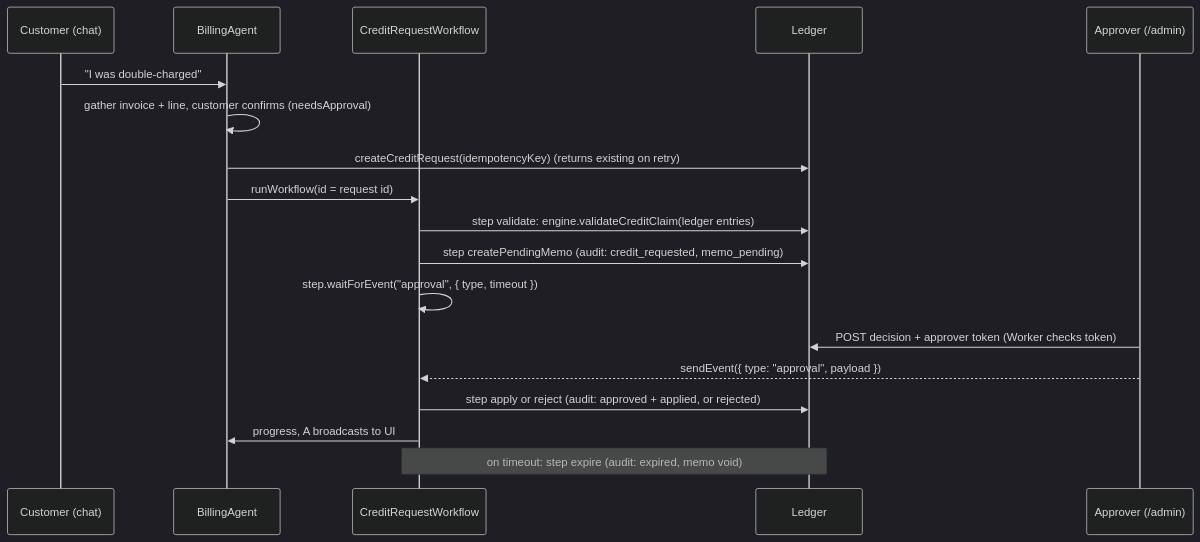
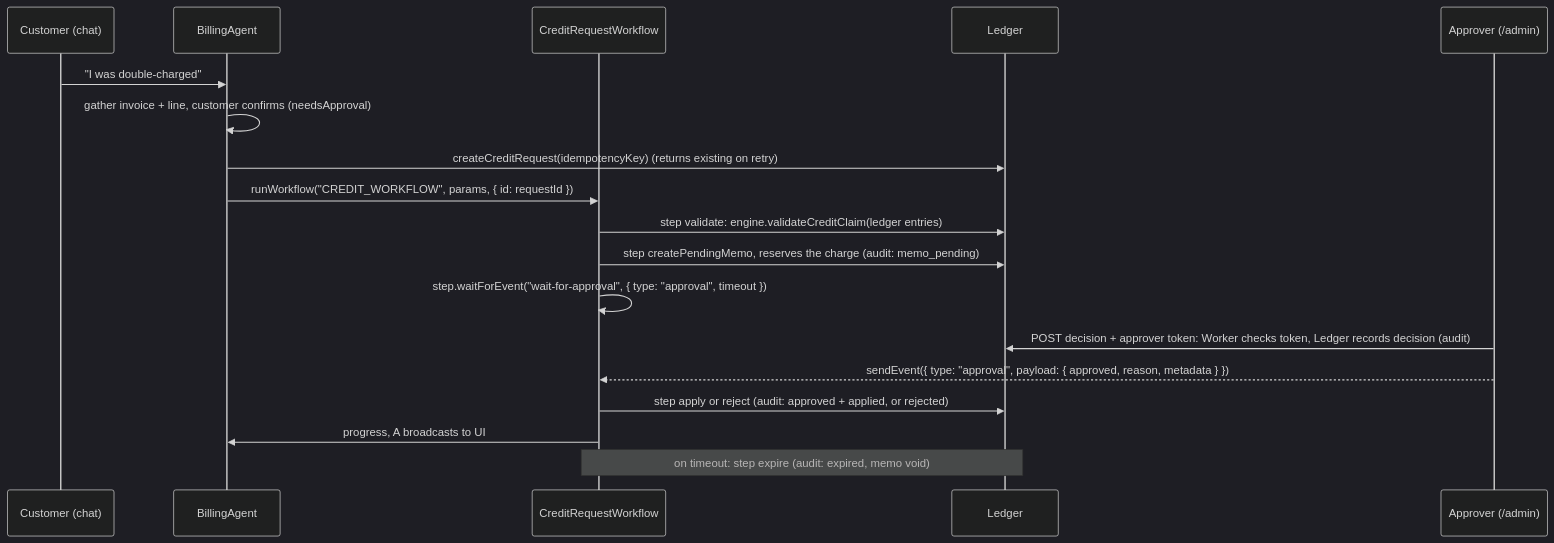
The third of 3 diagrams in docs/ARCHITECTURE.md (annah-dev/cf-billing-copilot), drawn with Mermaid (dark theme) before and after one commit. The commit also changed other lines of this file and 1 other file, not shown here.

Commit message:
docs: add ledger invariants, recovery, admission and budget reservation

````diff
--- a/docs/ARCHITECTURE.md
+++ b/docs/ARCHITECTURE.md
@@ -132,20 +156,20 @@
 ```mermaid
 sequenceDiagram
   participant C as Customer (chat)
   participant A as BillingAgent
   participant W as CreditRequestWorkflow
   participant L as Ledger
   participant P as Approver (/admin)
   C->>A: "I was double-charged"
   A->>A: gather invoice + line, customer confirms (needsApproval)
   A->>L: createCreditRequest(idempotencyKey) (returns existing on retry)
-  A->>W: runWorkflow(id = request id)
+  A->>W: runWorkflow("CREDIT_WORKFLOW", params, { id: requestId })
   W->>L: step validate: engine.validateCreditClaim(ledger entries)
-  W->>L: step createPendingMemo (audit: credit_requested, memo_pending)
-  W->>W: step.waitForEvent("approval", { type, timeout })
-  P->>L: POST decision + approver token (Worker checks token)
-  P-->>W: sendEvent({ type: "approval", payload })
+  W->>L: step createPendingMemo, reserves the charge (audit: memo_pending)
+  W->>W: step.waitForEvent("wait-for-approval", { type: "approval", timeout })
+  P->>L: POST decision + approver token: Worker checks token, Ledger records decision (audit)
+  P-->>W: sendEvent({ type: "approval", payload: { approved, reason, metadata } })
   W->>L: step apply or reject (audit: approved + applied, or rejected)
   W->>A: progress, A broadcasts to UI
   Note over W,L: on timeout: step expire (audit: expired, memo void)
 ```
````
